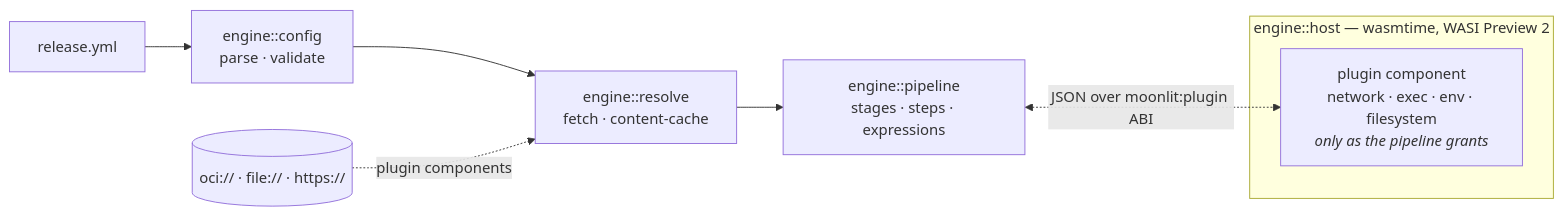
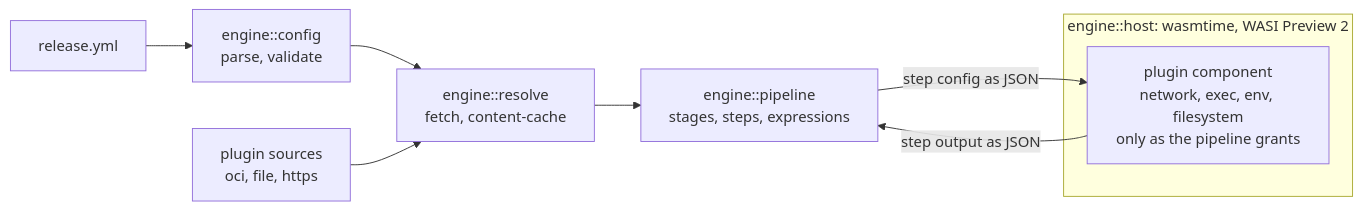
One commit to wolfware-labs/moonlit changed the diagram in README.md. Above: the diagram before and after it, drawn with Mermaid.

Commit message:
docs: use only GitHub-safe syntax in the mermaid diagram
GitHub failed the diagram with "Cannot read properties of undefined (reading
'render')". It renders under mermaid-cli, including 10.9.1, because GitHub runs
the renderer at securityLevel: strict, which is stricter than the CLI default.

Drop everything that is not plain documented flowchart syntax: the <i> tag in a
node label, the em dash and middle dots, the cylinder shape, and the dotted
bidirectional edge with an inline label. The two ABI directions are now two
ordinary labelled arrows, which also says more than one bidirectional edge did.

````diff
--- a/README.md
+++ b/README.md
@@ -104,13 +104,14 @@
 ```mermaid
 flowchart LR
-    yaml["release.yml"] --> cfg["engine::config<br/>parse · validate"]
-    cfg --> res["engine::resolve<br/>fetch · content-cache"]
-    reg[("oci:// · file:// · https://")] -. plugin components .-> res
-    res --> run["engine::pipeline<br/>stages · steps · expressions"]
+    yaml["release.yml"] --> cfg["engine::config<br/>parse, validate"]
+    cfg --> res["engine::resolve<br/>fetch, content-cache"]
+    reg["plugin sources<br/>oci, file, https"] --> res
+    res --> run["engine::pipeline<br/>stages, steps, expressions"]
 
-    subgraph sandbox ["engine::host — wasmtime, WASI Preview 2"]
-        plug["plugin component<br/>network · exec · env · filesystem<br/><i>only as the pipeline grants</i>"]
+    subgraph sandbox["engine::host: wasmtime, WASI Preview 2"]
+        plug["plugin component<br/>network, exec, env, filesystem<br/>only as the pipeline grants"]
     end
 
-    run <-. "JSON over moonlit:plugin ABI" .-> plug
+    run -- "step config as JSON" --> plug
+    plug -- "step output as JSON" --> run
 ```
````
